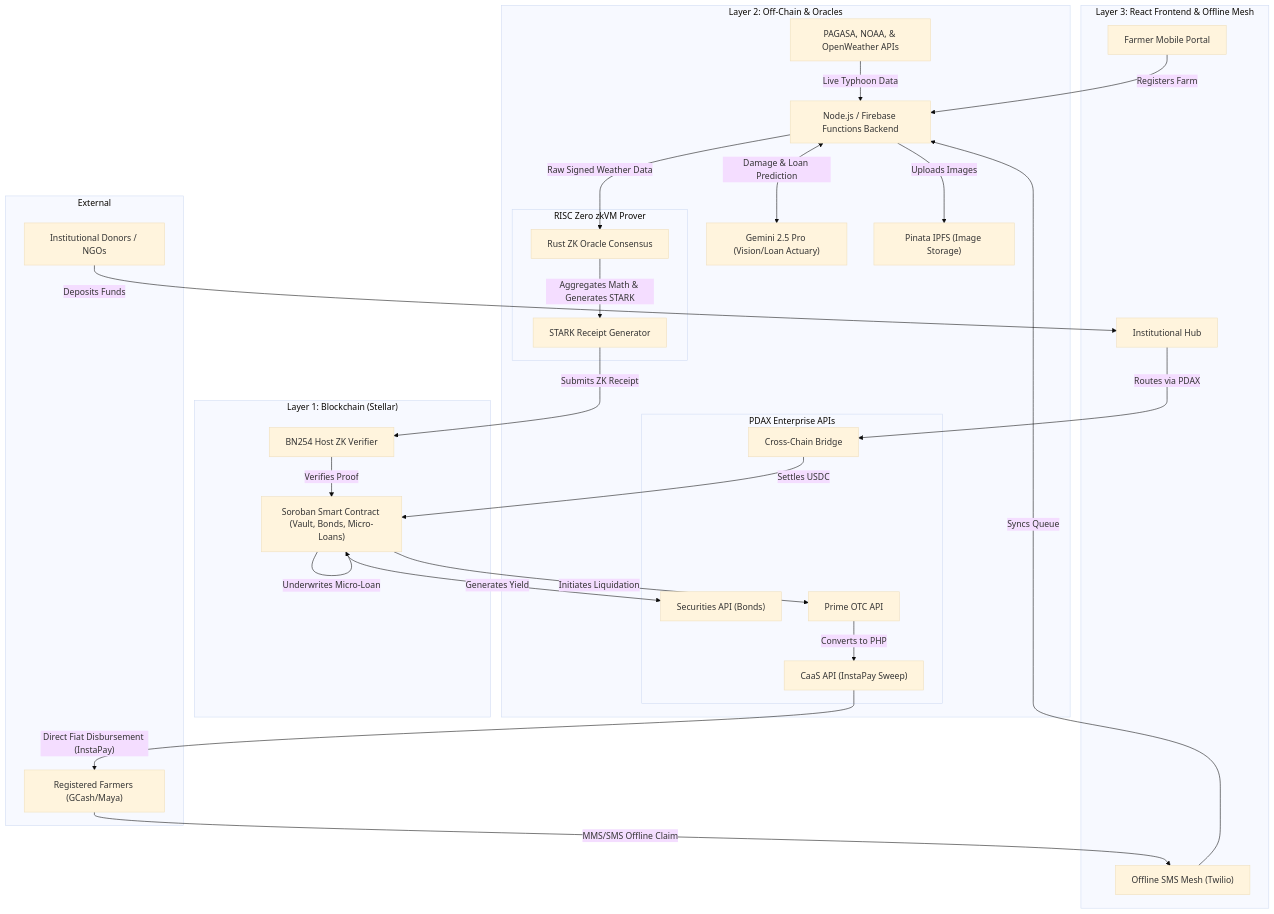
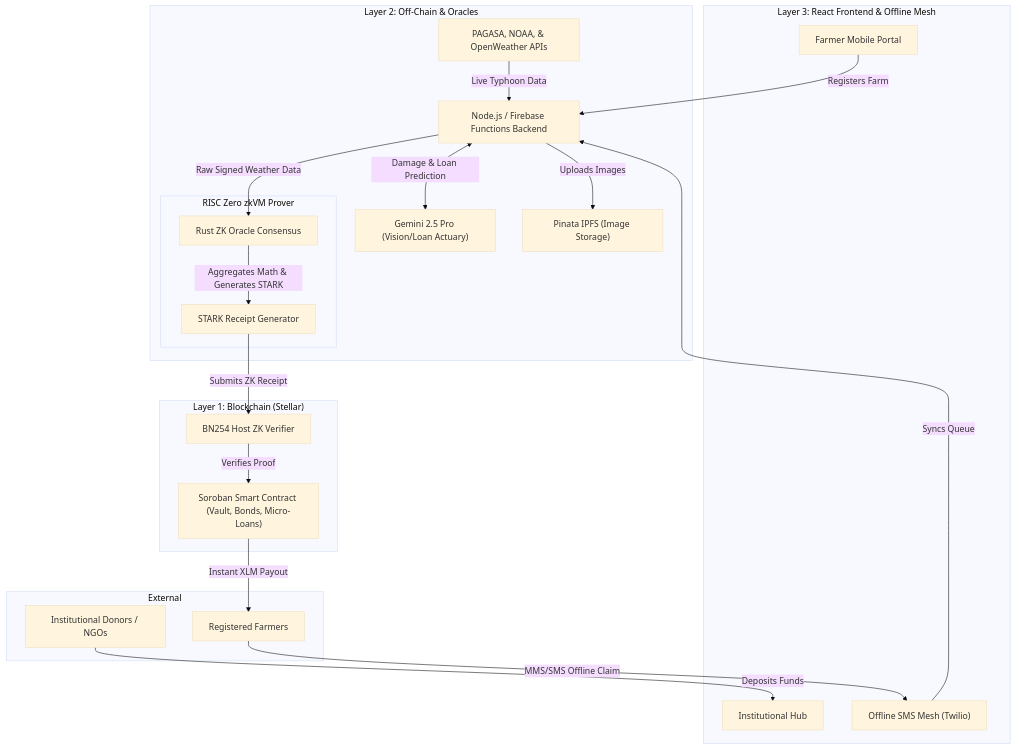
The diagram in README.md (PrinceDale99/TyFi), drawn with Mermaid (base theme) before and after one commit. The commit also changed other lines of this file, not shown here.

````diff
--- a/README.md
+++ b/README.md
@@ -118,60 +111,43 @@
 ```mermaid
 graph TD
     subgraph L3 ["Layer 3: React Frontend & Offline Mesh"]
         FMP["Farmer Mobile Portal"]
         IH["Institutional Hub"]
         SMS["Offline SMS Mesh (Twilio)"]
     end
 
     subgraph L2 ["Layer 2: Off-Chain & Oracles"]
         BE["Node.js / Firebase Functions Backend"]
         AI["Gemini 2.5 Pro (Vision/Loan Actuary)"]
         IPFS["Pinata IPFS (Image Storage)"]
         Oracle["PAGASA, NOAA, & OpenWeather APIs"]
         
         subgraph ZK ["RISC Zero zkVM Prover"]
             NC["Rust ZK Oracle Consensus"]
             BB["STARK Receipt Generator"]
         end
-        
-        subgraph PDAX ["PDAX Enterprise APIs"]
-            P_Bridge["Cross-Chain Bridge"]
-            P_Sec["Securities API (Bonds)"]
-            P_OTC["Prime OTC API"]
-            P_CaaS["CaaS API (InstaPay Sweep)"]
-        end
     end
 
     subgraph L1 ["Layer 1: Blockchain (Stellar)"]
         SC["Soroban Smart Contract (Vault, Bonds, Micro-Loans)"]
         ZKV["BN254 Host ZK Verifier"]
     end
     
     subgraph Users ["External"]
         NGO["Institutional Donors / NGOs"]
-        Farmer["Registered Farmers (GCash/Maya)"]
+        Farmer["Registered Farmers"]
     end
 
     NGO -->|"Deposits Funds"| IH
-    IH -->|"Routes via PDAX"| P_Bridge
-    P_Bridge -->|"Settles USDC"| SC
-    
     FMP -->|"Registers Farm"| BE
     Farmer -->|"MMS/SMS Offline Claim"| SMS
     SMS -->|"Syncs Queue"| BE
     Oracle -->|"Live Typhoon Data"| BE
-    
     BE -->|"Uploads Images"| IPFS
     BE <-->|"Damage & Loan Prediction"| AI
-    
     BE -->|"Raw Signed Weather Data"| NC
     NC -->|"Aggregates Math & Generates STARK"| BB
     BB -->|"Submits ZK Receipt"| ZKV
     ZKV -->|"Verifies Proof"| SC
-    
-    SC -->|"Generates Yield"| P_Sec
-    SC -->|"Underwrites Micro-Loan"| SC
-    SC -->|"Initiates Liquidation"| P_OTC
-    P_OTC -->|"Converts to PHP"| P_CaaS
-    P_CaaS -->|"Direct Fiat Disbursement (InstaPay)"| Farmer
+    SC -->|"Instant XLM Payout"| Farmer
 ```
````
